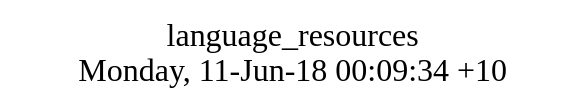
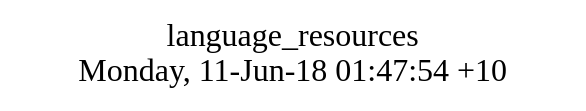
The diagram in src/basic/language_resources/struct.dot (AplaProject/apps), drawn with Graphviz before and after one commit. The commit also changed 15 other files, not shown here.

```diff
--- a/src/basic/language_resources/struct.dot
+++ b/src/basic/language_resources/struct.dot
@@ -1,8 +1,8 @@
 digraph G {
 fontsize="24";
-label="language_resources\nMonday, 11-Jun-18 00:09:34 +10";
+label="language_resources\nMonday, 11-Jun-18 01:47:54 +10";
 nojustify=true;
 ordering=out;
 rankdir=LR;
 size="30";
 }
```
